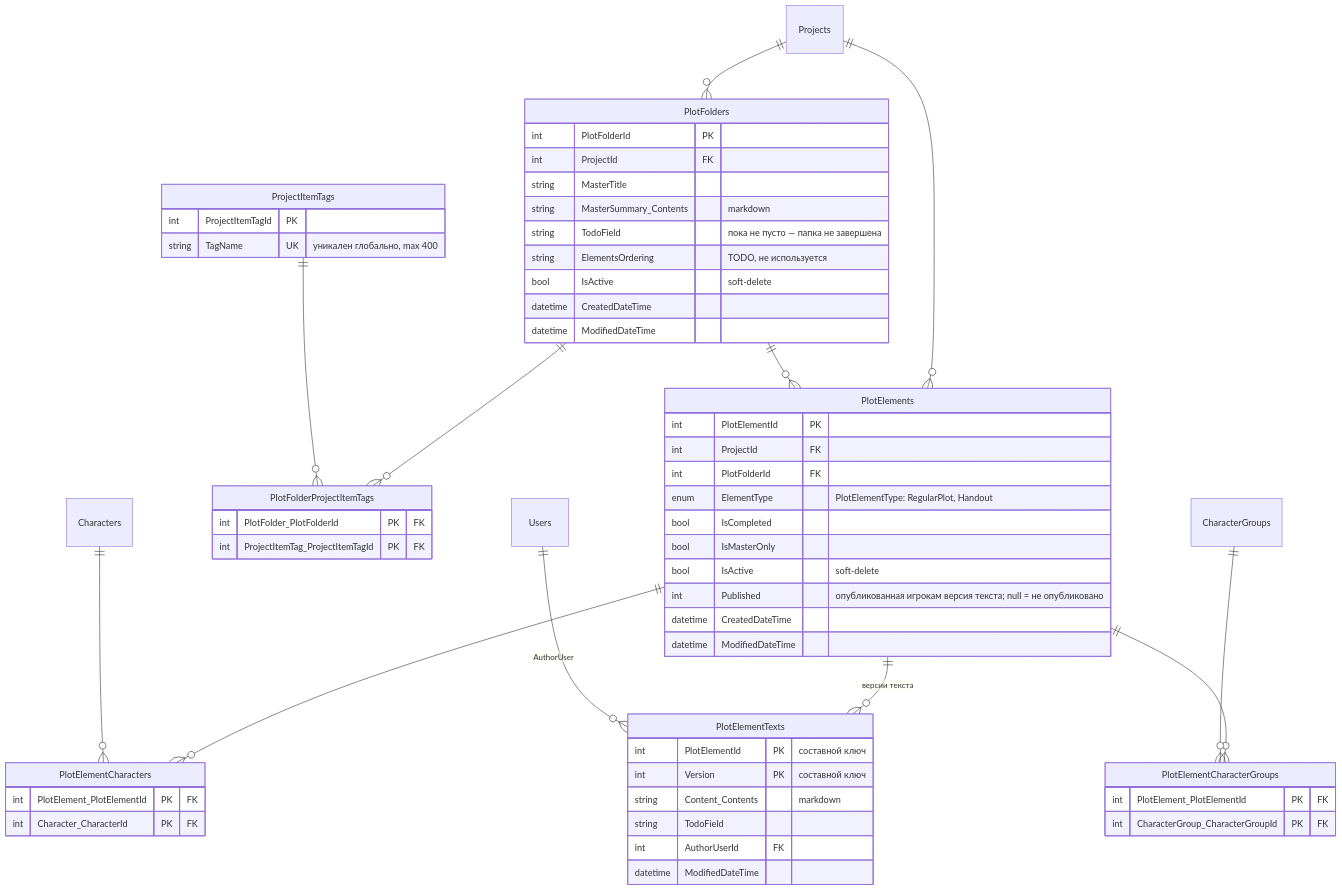
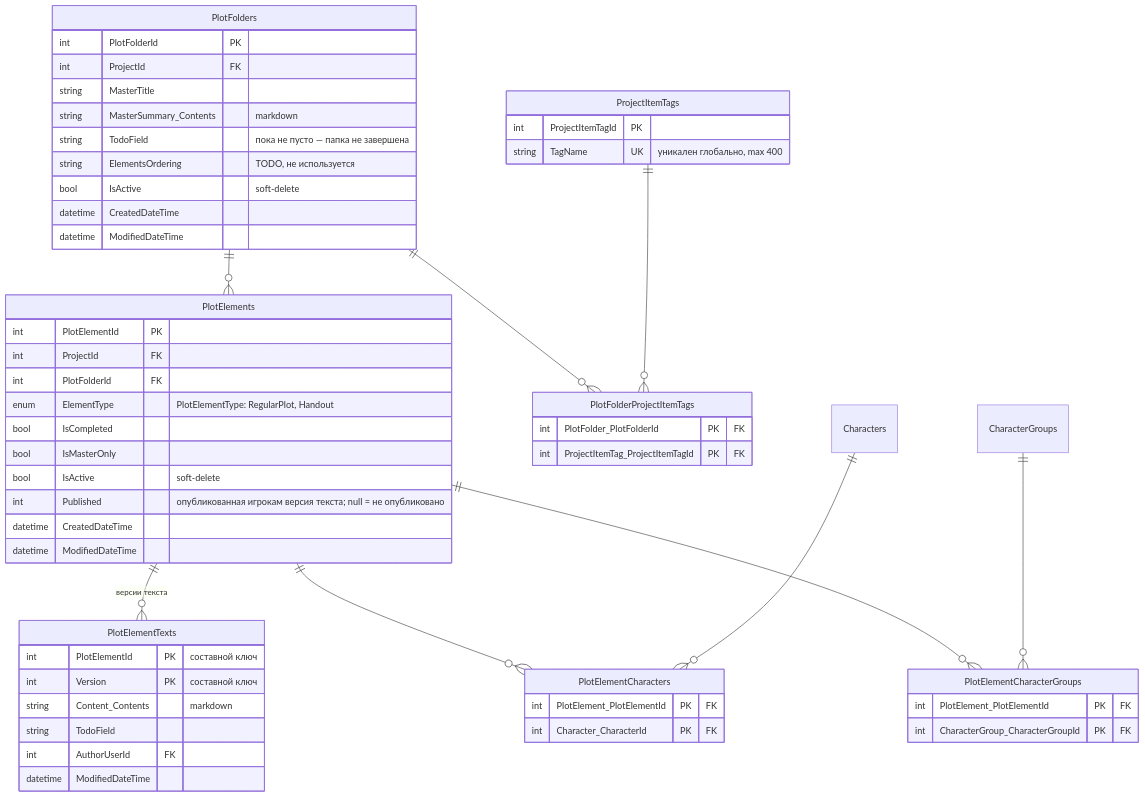
The fifth of 11 diagrams in docs/db-schema.md (joinrpg/joinrpg-net), drawn with Mermaid before and after one commit. The commit also changed other lines of this file, not shown here.

First line of the commit message:
docs: убрать из доменных диаграмм связи с Projects и служебные связи с Users

````diff
--- a/docs/db-schema.md
+++ b/docs/db-schema.md
@@ -381,68 +384,65 @@
 ```mermaid
 erDiagram
     PlotFolders {
         int PlotFolderId PK
         int ProjectId FK
         string MasterTitle
         string MasterSummary_Contents "markdown"
         string TodoField "пока не пусто — папка не завершена"
         string ElementsOrdering "TODO, не используется"
         bool IsActive "soft-delete"
         datetime CreatedDateTime
         datetime ModifiedDateTime
     }
 
     PlotElements {
         int PlotElementId PK
         int ProjectId FK
         int PlotFolderId FK
         enum ElementType "PlotElementType: RegularPlot, Handout"
         bool IsCompleted
         bool IsMasterOnly
         bool IsActive "soft-delete"
         int Published "опубликованная игрокам версия текста; null = не опубликовано"
         datetime CreatedDateTime
         datetime ModifiedDateTime
     }
 
     PlotElementTexts {
         int PlotElementId PK "составной ключ"
         int Version PK "составной ключ"
         string Content_Contents "markdown"
         string TodoField
         int AuthorUserId FK
         datetime ModifiedDateTime
     }
 
     PlotElementCharacters {
         int PlotElement_PlotElementId PK "FK"
         int Character_CharacterId PK "FK"
     }
 
     PlotElementCharacterGroups {
         int PlotElement_PlotElementId PK "FK"
         int CharacterGroup_CharacterGroupId PK "FK"
     }
 
     ProjectItemTags {
         int ProjectItemTagId PK
         string TagName UK "уникален глобально, max 400"
     }
 
     PlotFolderProjectItemTags {
         int PlotFolder_PlotFolderId PK "FK"
         int ProjectItemTag_ProjectItemTagId PK "FK"
     }
 
-    Projects ||--o{ PlotFolders : ""
-    Projects ||--o{ PlotElements : ""
     PlotFolders ||--o{ PlotElements : ""
     PlotElements ||--o{ PlotElementTexts : "версии текста"
     PlotElements ||--o{ PlotElementCharacters : ""
     Characters ||--o{ PlotElementCharacters : ""
     PlotElements ||--o{ PlotElementCharacterGroups : ""
     CharacterGroups ||--o{ PlotElementCharacterGroups : ""
     PlotFolders ||--o{ PlotFolderProjectItemTags : ""
     ProjectItemTags ||--o{ PlotFolderProjectItemTags : ""
-    Users ||--o{ PlotElementTexts : "AuthorUser"
 ```
````
